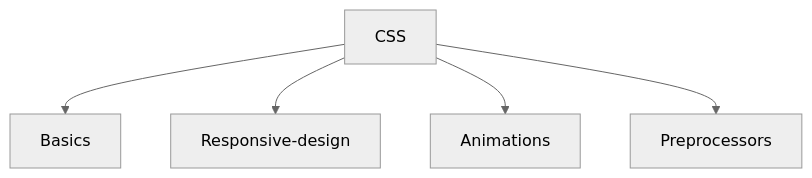
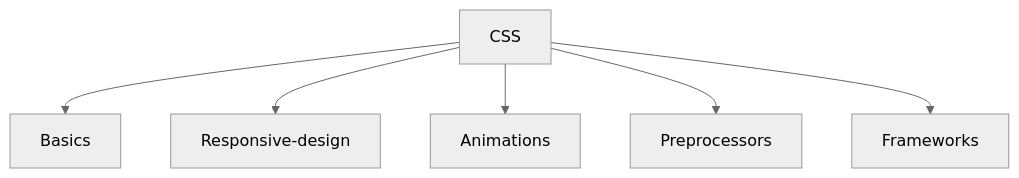
One commit to Arya-Gupta/CSS-revision changed the diagram in README.md. Above: the diagram before and after it, drawn with Mermaid (neutral theme).

````diff
--- a/README.md
+++ b/README.md
@@ -1,7 +1,8 @@
 ```mermaid
 graph TD;
     CSS-->Basics;
     CSS-->Responsive-design;
     CSS-->Animations;
     CSS-->Preprocessors;
+    CSS-->Frameworks;
 ```
````
